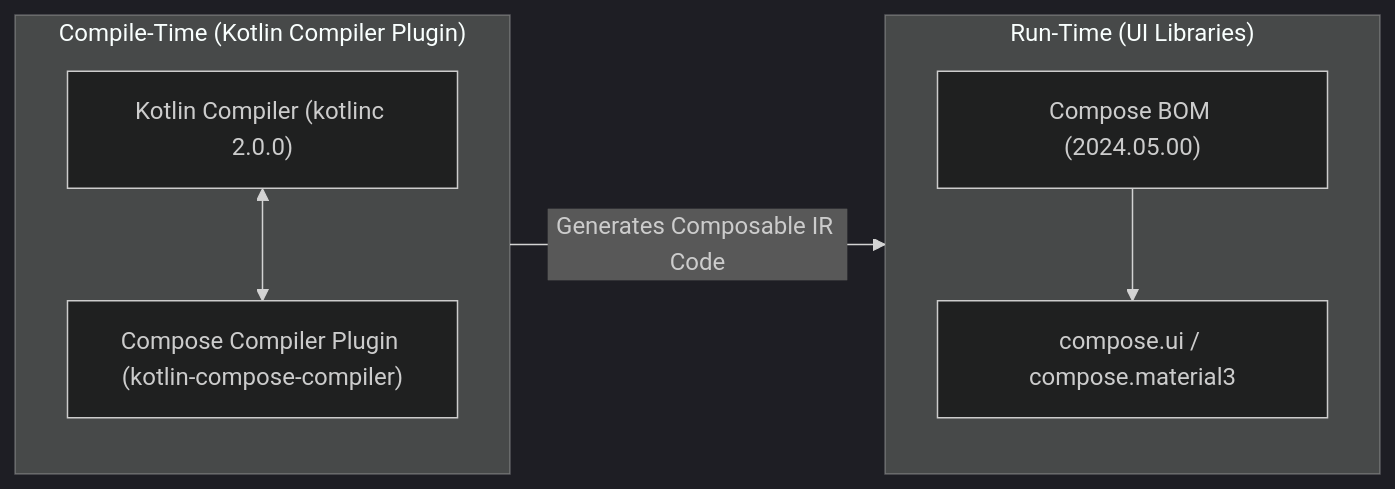
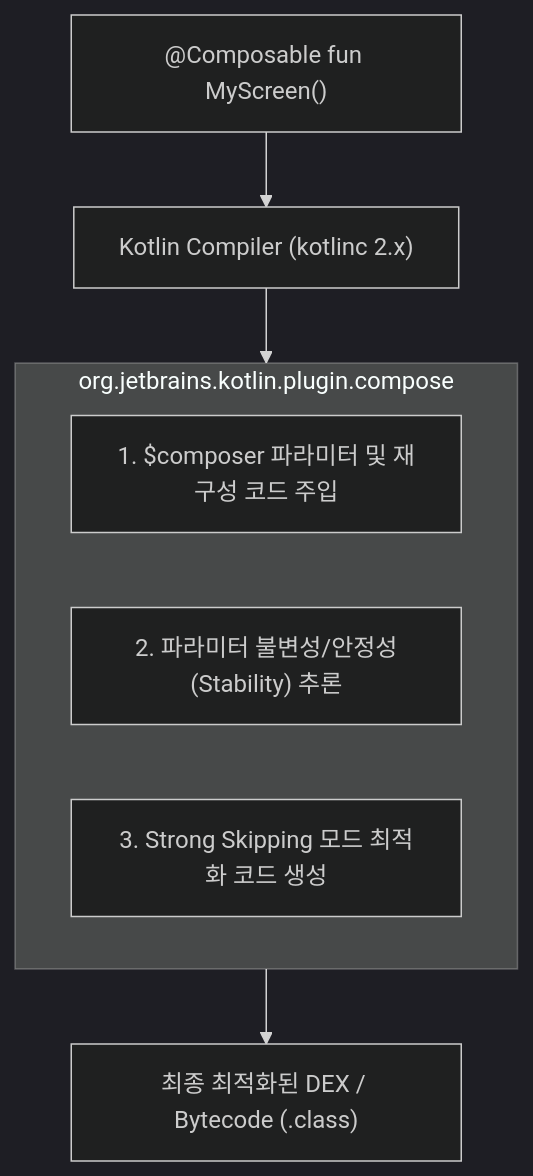
The diagram in 01_inbox/mobile/android/03_packaging_deployment/build/gradle/compose-compiler-plugin.md (youngmin-gwon/what-i-studied), drawn with Mermaid (dark theme) before and after one commit. The commit also changed other lines of this file and 10 other files, not shown here.

````diff
--- a/01_inbox/mobile/android/03_packaging_deployment/build/gradle/compose-compiler-plugin.md
+++ b/01_inbox/mobile/android/03_packaging_deployment/build/gradle/compose-compiler-plugin.md
@@ -28,12 +17,13 @@
 ```mermaid
-flowchart LR
-    subgraph CompileTime ["Compile-Time (Kotlin Compiler Plugin)"]
-        Kotlinc["Kotlin Compiler (kotlinc 2.0.0)"] <--> ComposePlugin["Compose Compiler Plugin (kotlin-compose-compiler)"]
+flowchart TD
+    Source["@Composable fun MyScreen()"] --> Kotlinc["Kotlin Compiler (kotlinc 2.x)"]
+    
+    subgraph ComposePlugin ["org.jetbrains.kotlin.plugin.compose"]
+        ComposerInject["1. $composer 파라미터 및 재구성 코드 주입"]
+        StabilityInfer["2. 파라미터 불변성/안정성(Stability) 추론"]
+        SkipGen["3. Strong Skipping 모드 최적화 코드 생성"]
     end
-
-    subgraph RunTime ["Run-Time (UI Libraries)"]
-        ComposeBOM["Compose BOM (2024.05.00)"] --> UILibs["compose.ui / compose.material3"]
-    end
-
-    CompileTime -->|"Generates Composable IR Code"| RunTime
+    
+    Kotlinc --> ComposePlugin
+    ComposePlugin --> Bytecode["최종 최적화된 DEX / Bytecode (.class)"]
 ```
````
